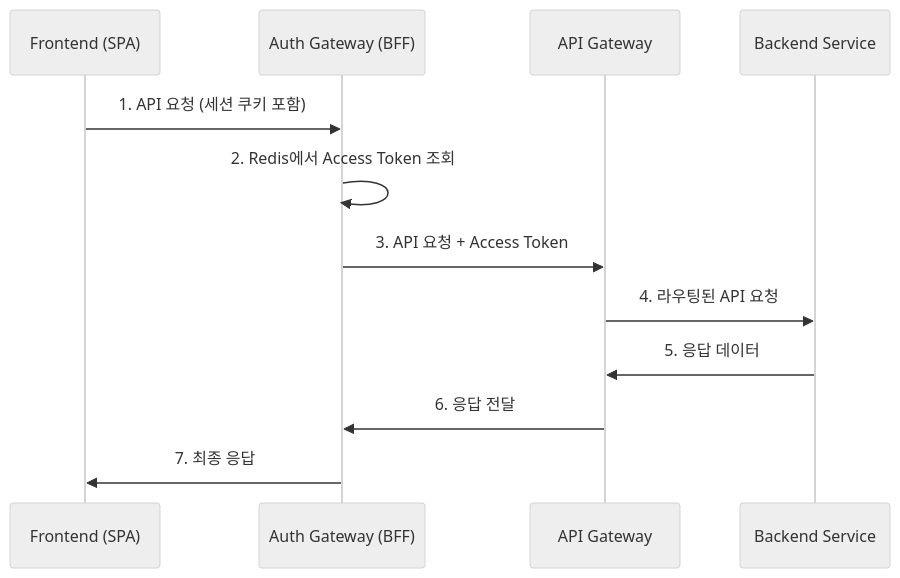
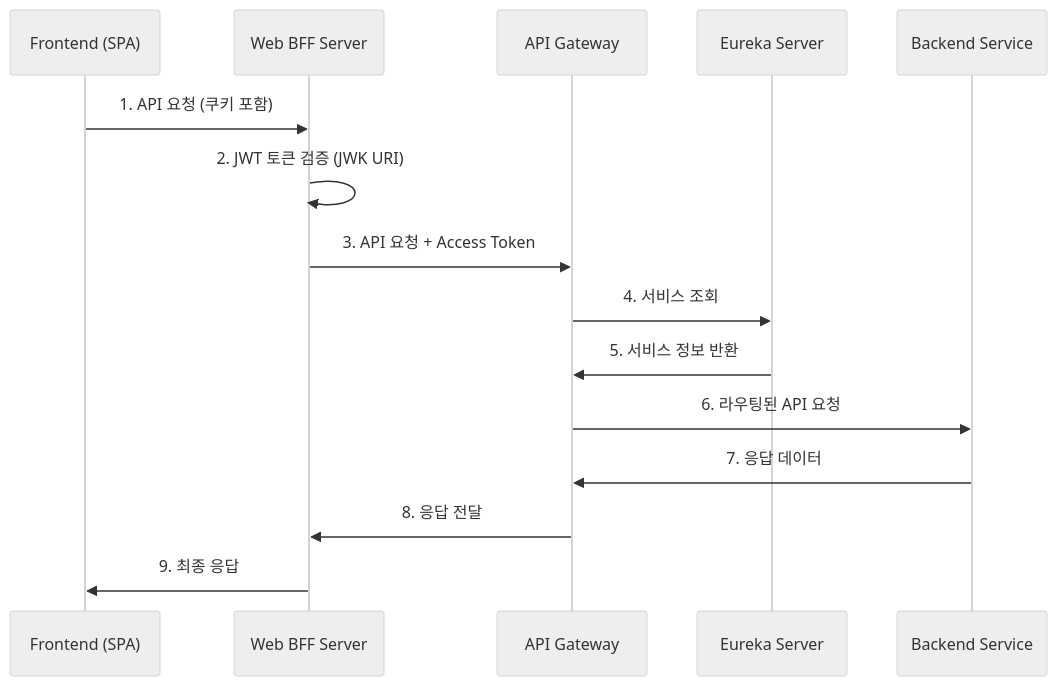
Before and after one commit to rnflrnfl41/spring-msa-boilerplate: the second of 2 diagrams in README.md, drawn with Mermaid (neutral theme). The commit also changed other lines of this file, not shown here.

````diff
--- a/README.md
+++ b/README.md
@@ -102,15 +141,18 @@
 ```mermaid
 sequenceDiagram
     participant SPA as Frontend (SPA)
-    participant BFF as Auth Gateway (BFF)
+    participant BFF as Web BFF Server
     participant AG as API Gateway
+    participant Eureka as Eureka Server
     participant API as Backend Service
 
-    SPA->>BFF: 1. API 요청 (세션 쿠키 포함)
-    BFF->>BFF: 2. Redis에서 Access Token 조회
+    SPA->>BFF: 1. API 요청 (쿠키 포함)
+    BFF->>BFF: 2. JWT 토큰 검증 (JWK URI)
     BFF->>AG: 3. API 요청 + Access Token
-    AG->>API: 4. 라우팅된 API 요청
-    API->>AG: 5. 응답 데이터
-    AG->>BFF: 6. 응답 전달
-    BFF->>SPA: 7. 최종 응답
+    AG->>Eureka: 4. 서비스 조회
+    Eureka->>AG: 5. 서비스 정보 반환
+    AG->>API: 6. 라우팅된 API 요청
+    API->>AG: 7. 응답 데이터
+    AG->>BFF: 8. 응답 전달
+    BFF->>SPA: 9. 최종 응답
 ```
````
